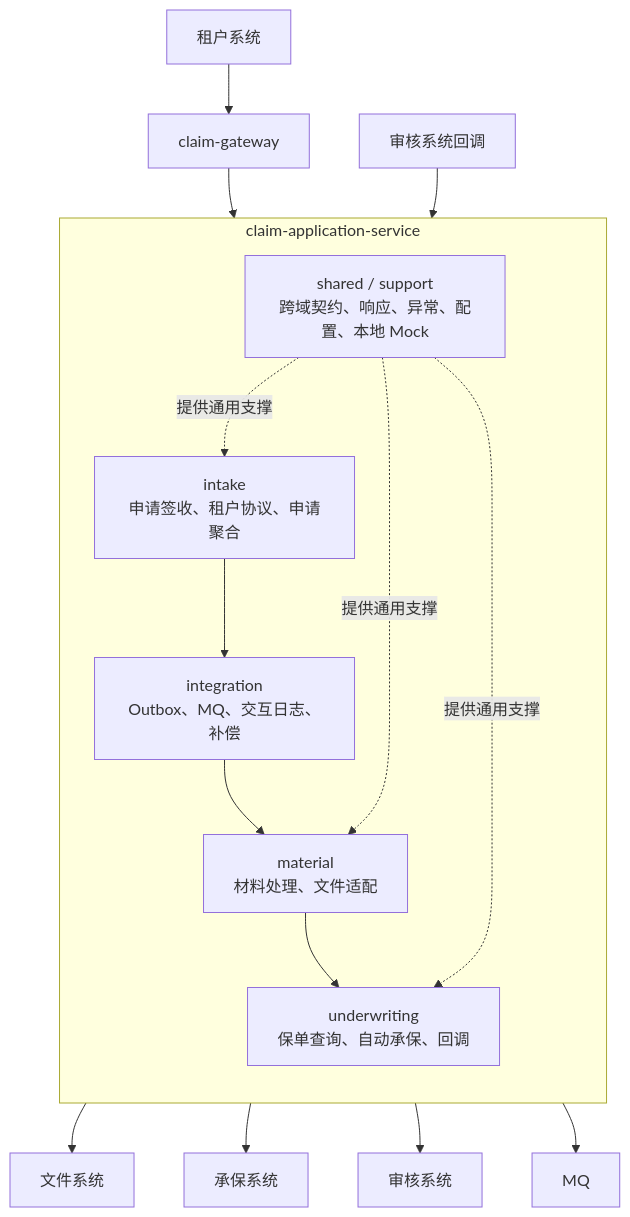
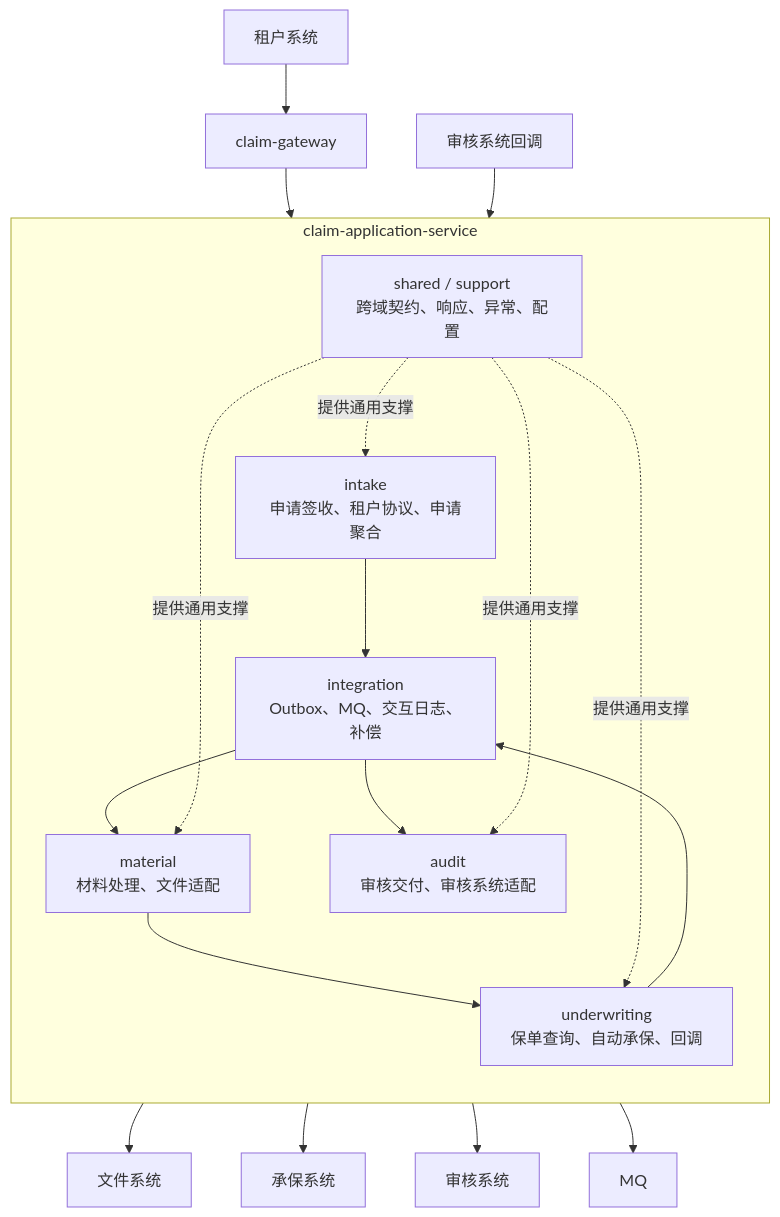
Before and after one commit to wangguangwu/claim-integration-platform: the second of 10 diagrams in docs/architecture/claim-application-architecture.md, drawn with Mermaid. The commit also changed other lines of this file and 40 other files, not shown here.

````diff
--- a/docs/architecture/claim-application-architecture.md
+++ b/docs/architecture/claim-application-architecture.md
@@ -82,27 +82,31 @@
 ```mermaid
 flowchart TB
     TENANT["租户系统"] --> GATEWAY["claim-gateway"]
     GATEWAY --> INTAKE
     AUDIT_CALLBACK["审核系统回调"] --> UNDERWRITING
 
     subgraph APPLICATION["claim-application-service"]
         direction TB
         INTAKE["intake<br/>申请签收、租户协议、申请聚合"]
         MATERIAL["material<br/>材料处理、文件适配"]
         UNDERWRITING["underwriting<br/>保单查询、自动承保、回调"]
         INTEGRATION["integration<br/>Outbox、MQ、交互日志、补偿"]
-        SHARED["shared / support<br/>跨域契约、响应、异常、配置、本地 Mock"]
+        AUDIT_DELIVERY["audit<br/>审核交付、审核系统适配"]
+        SHARED["shared / support<br/>跨域契约、响应、异常、配置"]
 
         INTAKE --> INTEGRATION
         INTEGRATION --> MATERIAL
         MATERIAL --> UNDERWRITING
+        UNDERWRITING --> INTEGRATION
+        INTEGRATION --> AUDIT_DELIVERY
         SHARED -. "提供通用支撑" .-> INTAKE
         SHARED -. "提供通用支撑" .-> MATERIAL
         SHARED -. "提供通用支撑" .-> UNDERWRITING
+        SHARED -. "提供通用支撑" .-> AUDIT_DELIVERY
     end
 
     MATERIAL --> FILE["文件系统"]
     UNDERWRITING --> INSURED["承保系统"]
-    INTEGRATION --> AUDIT["审核系统"]
+    AUDIT_DELIVERY --> AUDIT["审核系统"]
     INTEGRATION --> MQ["MQ"]
 ```
````
